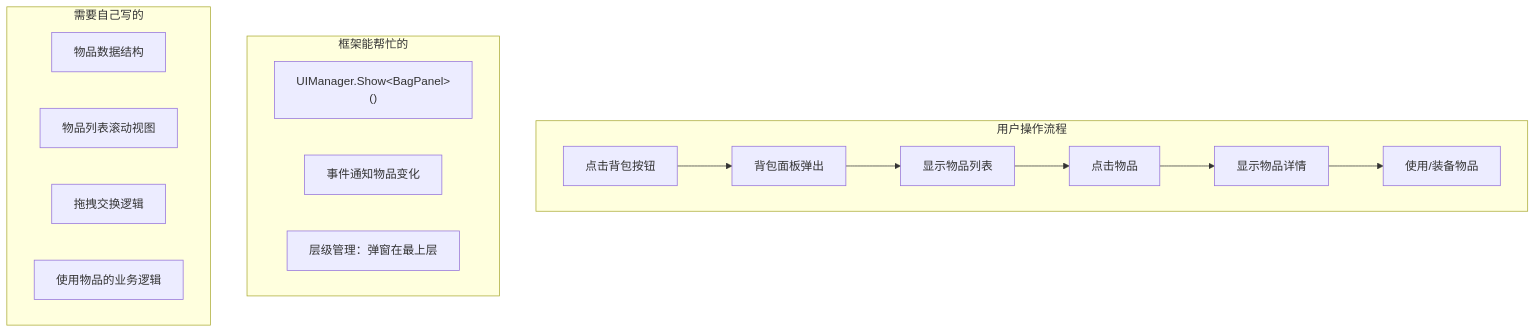
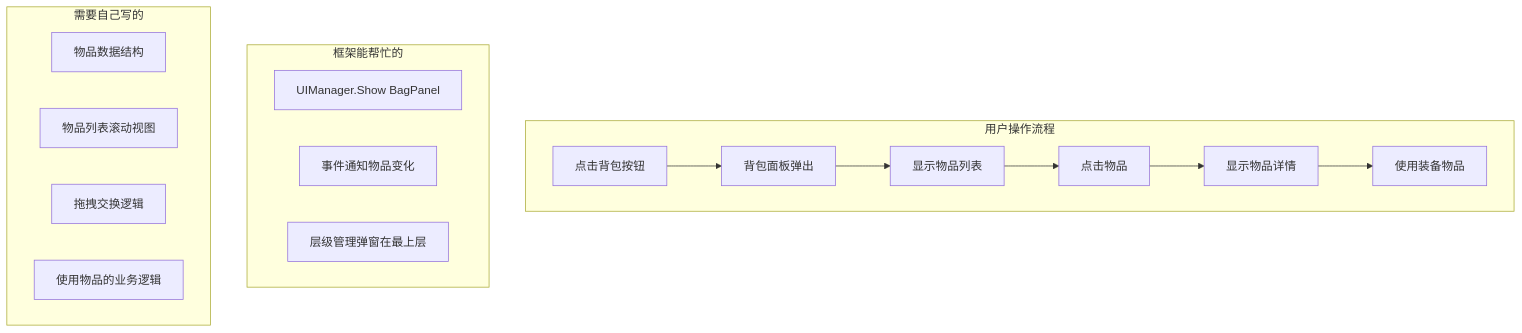
The fifth of 7 diagrams in data/kira-framework-analysis.md (KTSAMA001/AgentSkill-Akasha-KT), drawn with Mermaid before and after one commit. The commit also changed other lines of this file, not shown here.

First line of the commit message:
fix: correct Mermaid syntax in kira-framework-analysis.md

````diff
--- a/data/kira-framework-analysis.md
+++ b/data/kira-framework-analysis.md
@@ -271,26 +271,26 @@
 ```mermaid
 flowchart TB
-    subgraph 用户操作["用户操作流程"]
+    subgraph userflow["用户操作流程"]
         A["点击背包按钮"]
         B["背包面板弹出"]
         C["显示物品列表"]
         D["点击物品"]
         E["显示物品详情"]
-        F["使用/装备物品"]
+        F["使用装备物品"]
     end
 
     A --> B --> C --> D --> E --> F
 
-    subgraph 框架能帮忙["框架能帮忙的"]
-        H1["UIManager.Show&lt;BagPanel&gt;()"]
+    subgraph framework["框架能帮忙的"]
+        H1["UIManager.Show BagPanel"]
         H2["事件通知物品变化"]
-        H3["层级管理：弹窗在最上层"]
+        H3["层级管理弹窗在最上层"]
     end
 
-    subgraph 需要自己写["需要自己写的"]
+    subgraph custom["需要自己写的"]
         S1["物品数据结构"]
         S2["物品列表滚动视图"]
         S3["拖拽交换逻辑"]
         S4["使用物品的业务逻辑"]
     end
 ```
````
